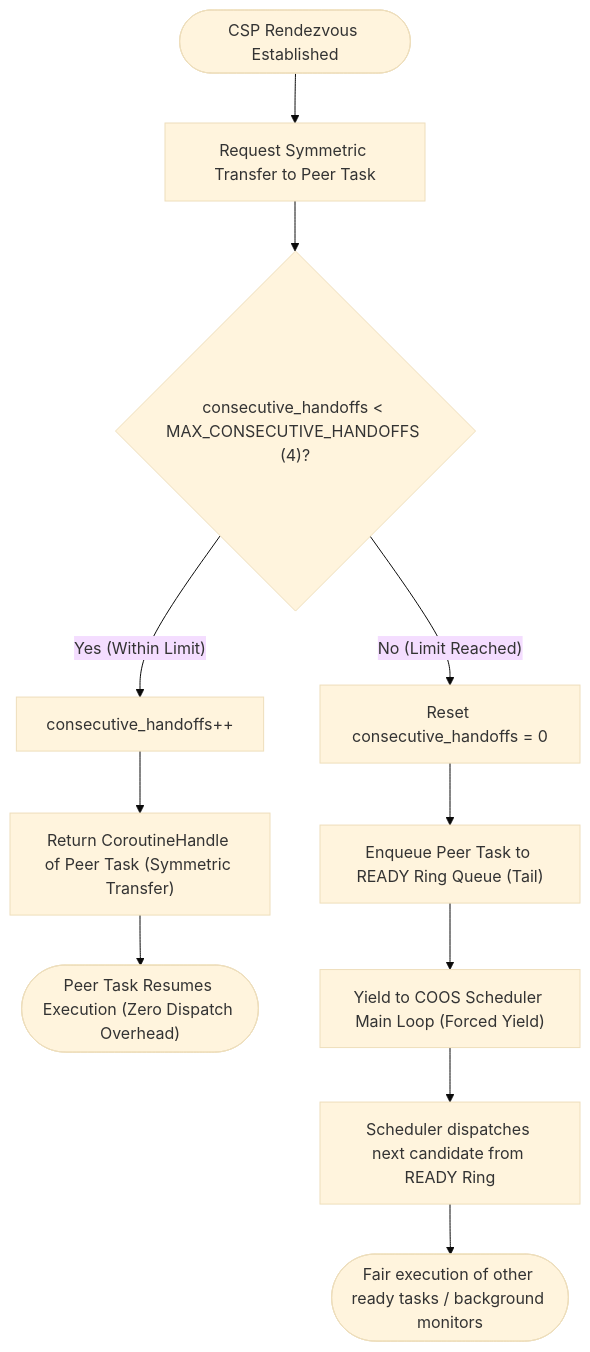
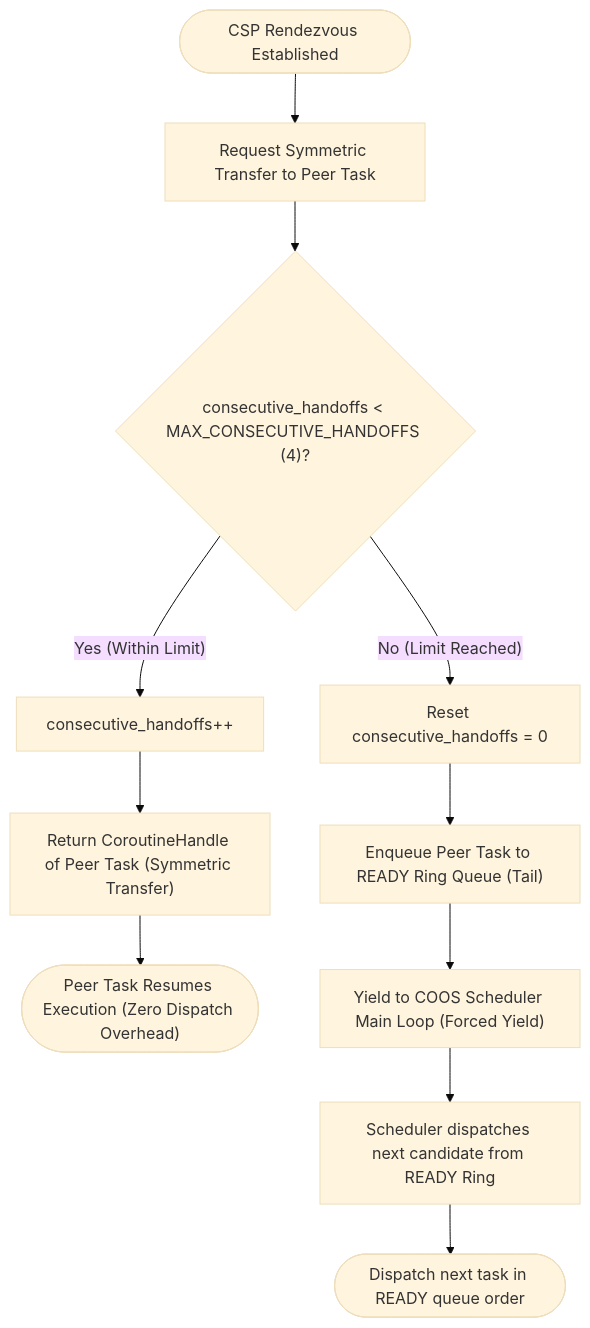
The second of 3 diagrams in docs/components/tier1_core/os_scheduler.md (kmt-t/fireball), drawn with Mermaid (base theme) before and after one commit. The commit also changed other lines of this file and 208 other files, not shown here.

Commit message:
Refactor project architecture and simplify implementation

````diff
--- a/docs/components/tier1_core/os_scheduler.md
+++ b/docs/components/tier1_core/os_scheduler.md
@@ -75,15 +78,15 @@
 ```mermaid
 flowchart TD
     Start(["CSP Rendezvous Established"]) --> Req["Request Symmetric Transfer to Peer Task"]
     Req --> CheckCount{"consecutive_handoffs < MAX_CONSECUTIVE_HANDOFFS (4)?"}
 
     CheckCount -- "Yes (Within Limit)" --> Inc["consecutive_handoffs++"]
     Inc --> SymTransfer["Return CoroutineHandle of Peer Task (Symmetric Transfer)"]
     SymTransfer --> ExecPeer(["Peer Task Resumes Execution (Zero Dispatch Overhead)"])
 
     CheckCount -- "No (Limit Reached)" --> Reset["Reset consecutive_handoffs = 0"]
     Reset --> Enqueue["Enqueue Peer Task to READY Ring Queue (Tail)"]
     Enqueue --> ForceYield["Yield to COOS Scheduler Main Loop (Forced Yield)"]
     ForceYield --> DispatchRR["Scheduler dispatches next candidate from READY Ring"]
-    DispatchRR --> FairExec(["Fair execution of other ready tasks / background monitors"])
+    DispatchRR --> NextReady(["Dispatch next task in READY queue order"])
 ```
````
